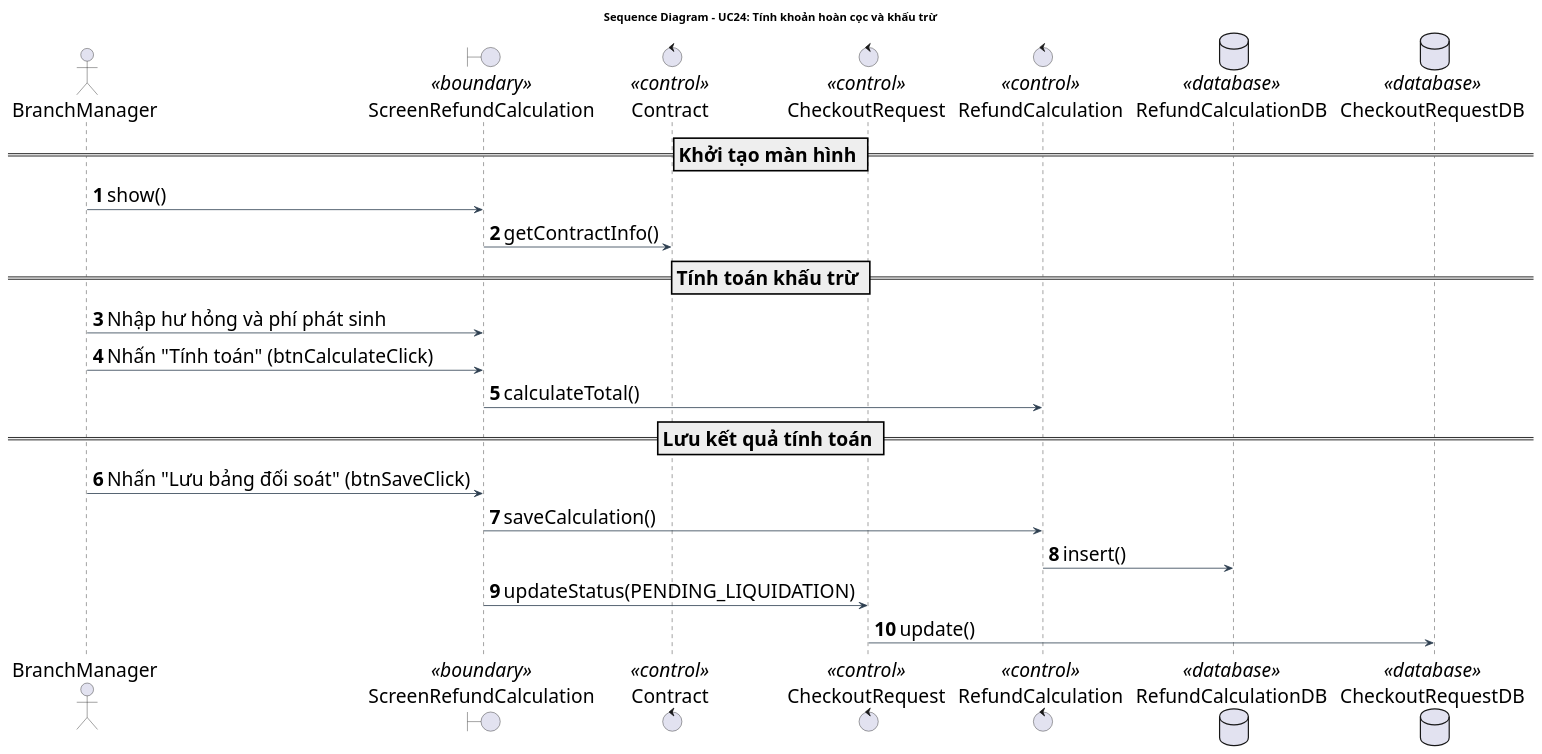
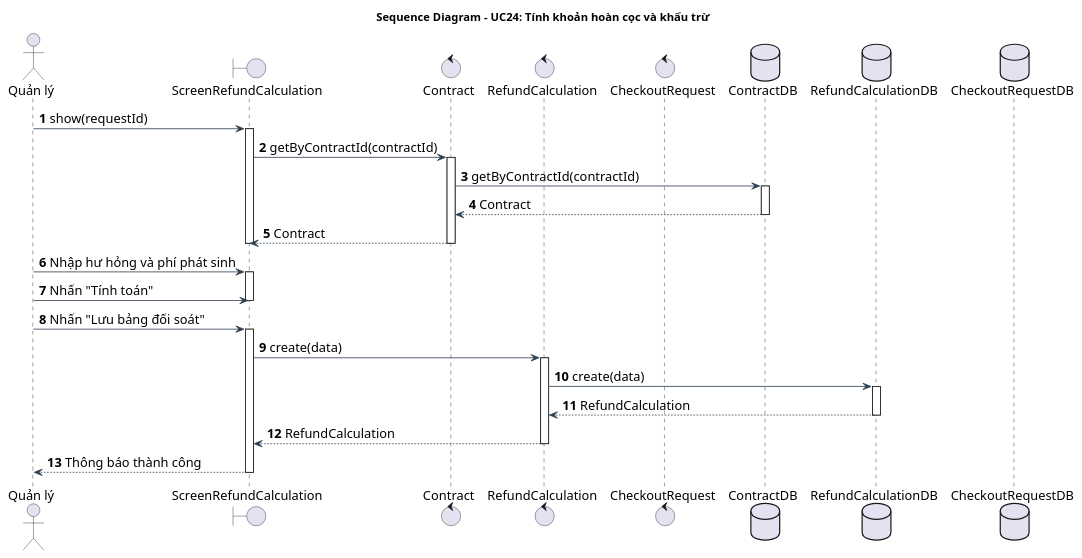
The diagram in doc/system/tinh_hoan_coc_khau_tru/TinhHoanCocKhauTru_SequenceDiagram.wsd (Gnourt812005/HCMUS-Analyze-and-desgin-IS), drawn with PlantUML before and after one commit. The commit also changed 9 other files, not shown here.

Commit message:
quangdo/diagrams: reviewed diagrams

```diff
--- a/doc/system/tinh_hoan_coc_khau_tru/TinhHoanCocKhauTru_SequenceDiagram.wsd
+++ b/doc/system/tinh_hoan_coc_khau_tru/TinhHoanCocKhauTru_SequenceDiagram.wsd
@@ -1,38 +1,54 @@
 @startuml TinhHoanCocKhauTru_SequenceDiagram
 title Sequence Diagram - UC24: Tính khoản hoàn cọc và khấu trừ
 
 skinparam {
     BackgroundColor White
     ArrowColor #2D3E50
     DefaultFontName "Arial"
-    DefaultFontSize 24
-    ParticipantPadding 20
+    DefaultFontSize 16
+    ParticipantPadding 15
 }
-
-actor "BranchManager" as QuanLy
-boundary "ScreenRefundCalculation" as Screen <<boundary>>
-control "Contract" as Contract <<control>>
-control "CheckoutRequest" as Request <<control>>
-control "RefundCalculation" as Calc <<control>>
-database "RefundCalculationDB" as DB <<database>>
-database "CheckoutRequestDB" as RequestDB <<database>>
 
 autonumber
 
-== Khởi tạo màn hình ==
-QuanLy -> Screen: show()
-Screen -> Contract: getContractInfo()
+actor "Quản lý" as manager
+boundary "ScreenRefundCalculation" as screen
+control "Contract" as contract
+control "RefundCalculation" as refund
+control "CheckoutRequest" as request
+database "ContractDB" as contractDb
+database "RefundCalculationDB" as refundDb
+database "CheckoutRequestDB" as requestDb
 
-== Tính toán khấu trừ ==
-QuanLy -> Screen: Nhập hư hỏng và phí phát sinh
-QuanLy -> Screen: Nhấn "Tính toán" (btnCalculateClick)
-Screen -> Calc: calculateTotal()
+manager -> screen: show(requestId)
+activate screen
+screen -> contract: getByContractId(contractId)
+activate contract
+contract -> contractDb: getByContractId(contractId)
+activate contractDb
+contractDb --> contract: Contract
+deactivate contractDb
+contract --> screen: Contract
+deactivate contract
+deactivate screen
 
-== Lưu kết quả tính toán ==
-QuanLy -> Screen: Nhấn "Lưu bảng đối soát" (btnSaveClick)
-Screen -> Calc: saveCalculation()
-Calc -> DB: insert()
-Screen -> Request: updateStatus(PENDING_LIQUIDATION)
-Request -> RequestDB: update()
+manager -> screen: Nhập hư hỏng và phí phát sinh
+activate screen
+manager -> screen: Nhấn "Tính toán"
+deactivate screen
+
+manager -> screen: Nhấn "Lưu bảng đối soát"
+activate screen
+screen -> refund: create(data)
+activate refund
+refund -> refundDb: create(data)
+activate refundDb
+refundDb --> refund: RefundCalculation
+deactivate refundDb
+refund --> screen: RefundCalculation
+deactivate refund
+
+screen --> manager: Thông báo thành công
+deactivate screen
 
 @enduml
```
